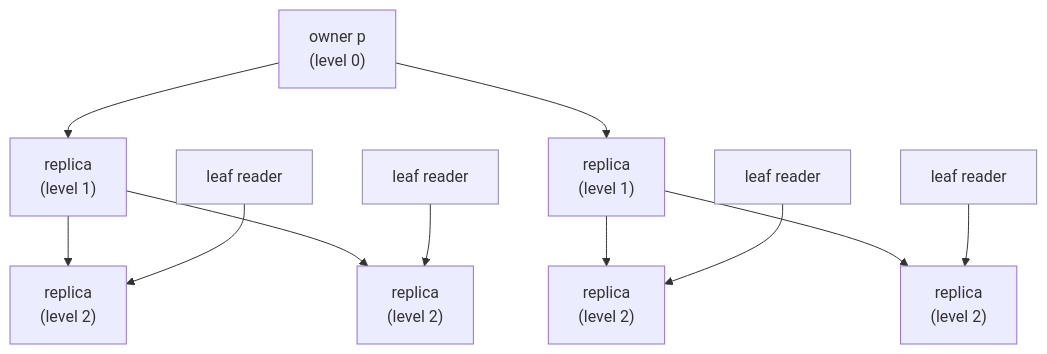
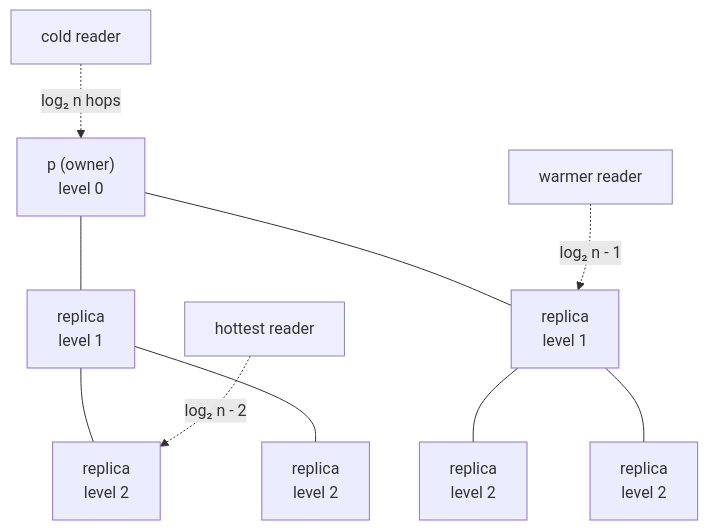
One commit to Azure/unbounded changed the third of 3 diagrams in designs/storage-topology.md. Above: the diagram before and after it, drawn with Mermaid. The commit also changed other lines of this file, not shown here.

Commit message:
Better charts

````diff
--- a/designs/storage-topology.md
+++ b/designs/storage-topology.md
@@ -154,21 +171,22 @@
 ```mermaid
 flowchart TD
-    P["owner p<br/>(level 0)"]
-    R1["replica<br/>(level 1)"]
-    R2["replica<br/>(level 1)"]
-    R1a["replica<br/>(level 2)"]
-    R1b["replica<br/>(level 2)"]
-    R2a["replica<br/>(level 2)"]
-    R2b["replica<br/>(level 2)"]
-    P --> R1
-    P --> R2
-    R1 --> R1a
-    R1 --> R1b
-    R2 --> R2a
-    R2 --> R2b
-    L1[leaf reader]:::leaf --> R1a
-    L2[leaf reader]:::leaf --> R1b
-    L3[leaf reader]:::leaf --> R2a
-    L4[leaf reader]:::leaf --> R2b
-    classDef leaf fill:#eef,stroke:#88a;
+    P["p (owner)<br/>level 0"]
+    A["replica<br/>level 1"]
+    B["replica<br/>level 1"]
+    AA["replica<br/>level 2"]
+    AB["replica<br/>level 2"]
+    BA["replica<br/>level 2"]
+    BB["replica<br/>level 2"]
+    P --- A
+    P --- B
+    A --- AA
+    A --- AB
+    B --- BA
+    B --- BB
+
+    Cold["cold reader"]:::r -. "log₂ n hops" .-> P
+    Warm["warmer reader"]:::r -. "log₂ n - 1" .-> B
+    Hot["hottest reader"]:::r -. "log₂ n - 2" .-> AA
+
+    classDef r fill:#eef,stroke:#88a;
 ```
````
